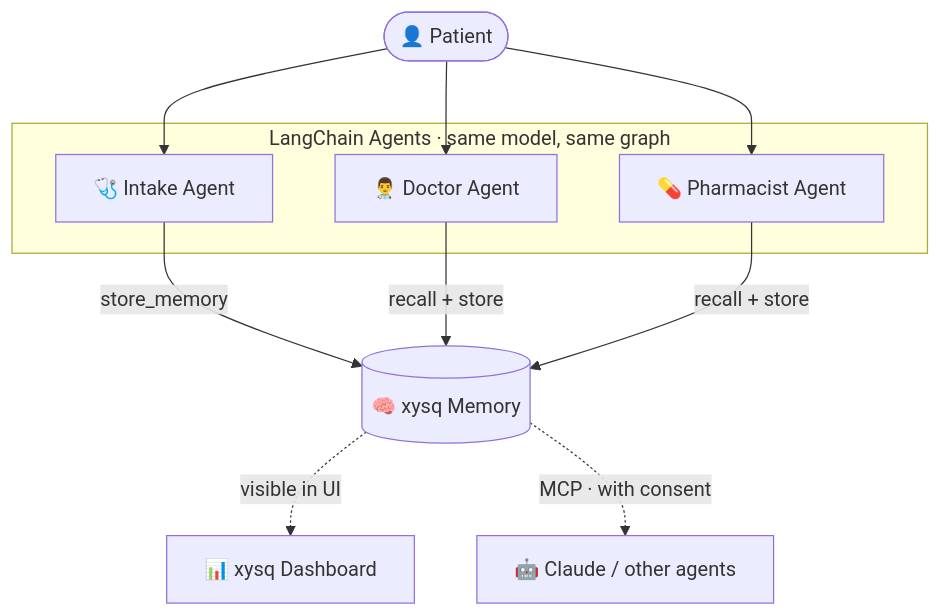
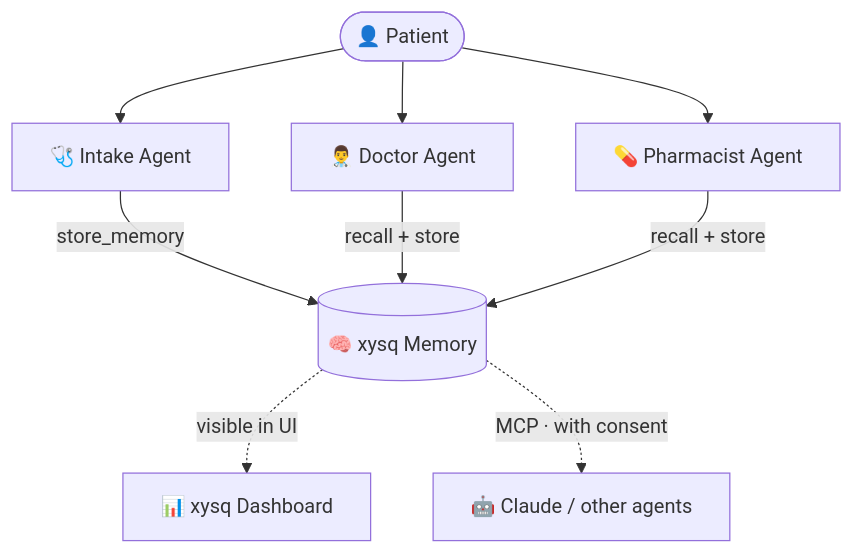
The diagram in guides/langchain-healthcare/README.md (xysq-ai/Guides-for-Agentic-Development), drawn with Mermaid before and after one commit.

Commit message:
docs(langchain-healthcare): move agent group label out of diagram to fix arrow overlap

````diff
--- a/guides/langchain-healthcare/README.md
+++ b/guides/langchain-healthcare/README.md
@@ -150,23 +152,17 @@
 ```mermaid
 flowchart TD
     P(["👤 Patient"])
 
-    subgraph Agents["LangChain Agents · same model, same graph"]
-        IA["🩺 Intake Agent"]
-        DA["👨‍⚕️ Doctor Agent"]
-        PA["💊 Pharmacist Agent"]
-    end
-
-    P --> IA
-    P --> DA
-    P --> PA
+    P --> IA["🩺 Intake Agent"]
+    P --> DA["👨‍⚕️ Doctor Agent"]
+    P --> PA["💊 Pharmacist Agent"]
 
     IA -- "store_memory" --> X
     DA -- "recall + store" --> X
     PA -- "recall + store" --> X
 
     X[("🧠 xysq Memory")]
 
     X -.->|"visible in UI"| UI["📊 xysq Dashboard"]
     X -.->|"MCP · with consent"| C["🤖 Claude / other agents"]
 ```
````
